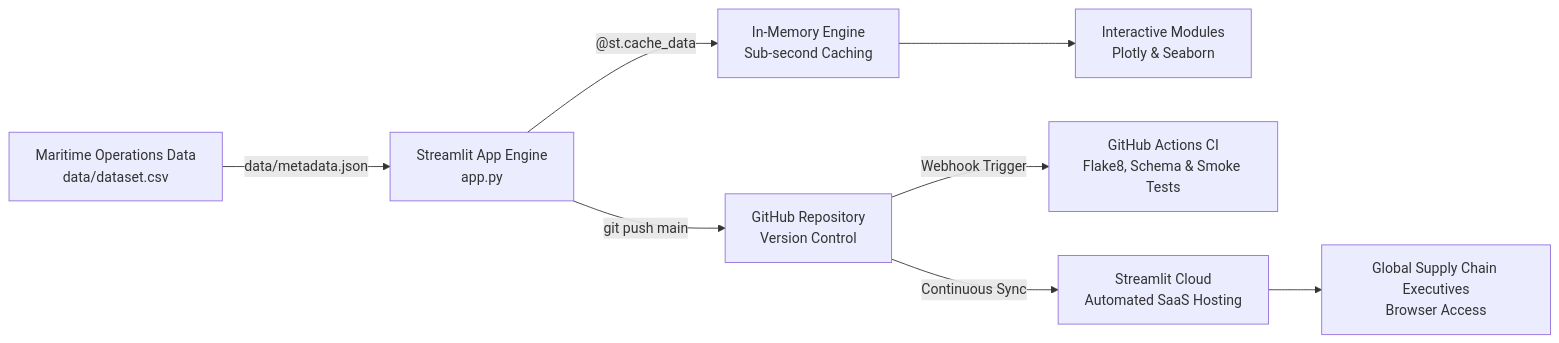
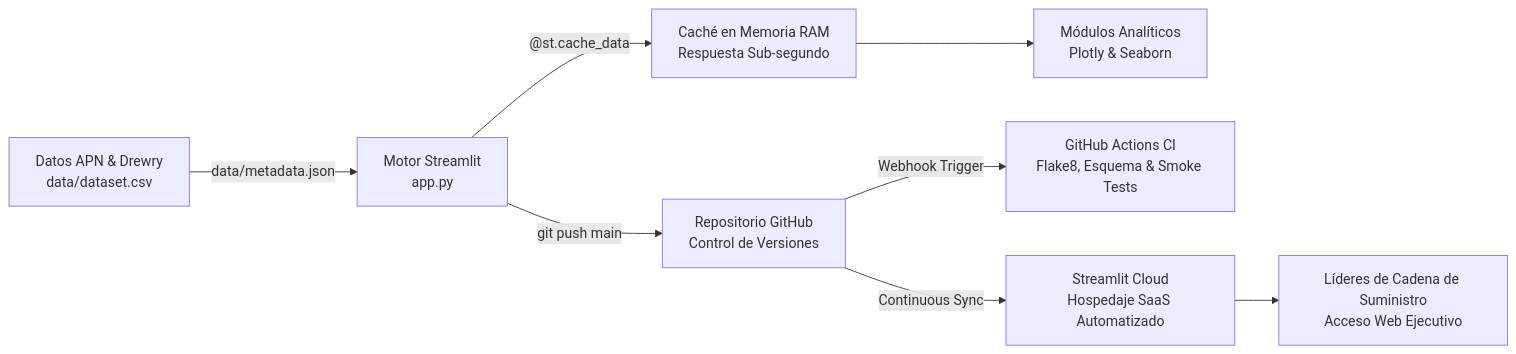
Before and after one commit to FabrizioPerezPeralta/Chancay-vs.-Callao-Interactive-Maritime-Logistics-Explorer-with-Python-Streamlit-Plotly: the diagram in ARTICLE_DEV_TO.md, drawn with Mermaid. The commit also changed other lines of this file and 3 other files, not shown here.

````diff
--- a/ARTICLE_DEV_TO.md
+++ b/ARTICLE_DEV_TO.md
@@ -52,10 +63,10 @@
 ```mermaid
 flowchart LR
-    A["Maritime Operations Data<br/>data/dataset.csv"] -->|"data/metadata.json"| B["Streamlit App Engine<br/>app.py"]
-    B -->|"@st.cache_data"| C["In-Memory Engine<br/>Sub-second Caching"]
-    C --> D["Interactive Modules<br/>Plotly & Seaborn"]
-    B -->|"git push main"| E["GitHub Repository<br/>Version Control"]
-    E -->|"Webhook Trigger"| F["GitHub Actions CI<br/>Flake8, Schema & Smoke Tests"]
-    E -->|"Continuous Sync"| G["Streamlit Cloud<br/>Automated SaaS Hosting"]
-    G --> H["Global Supply Chain Executives<br/>Browser Access"]
+    A["Datos APN & Drewry<br/>data/dataset.csv"] -->|"data/metadata.json"| B["Motor Streamlit<br/>app.py"]
+    B -->|"@st.cache_data"| C["Caché en Memoria RAM<br/>Respuesta Sub-segundo"]
+    C --> D["Módulos Analíticos<br/>Plotly & Seaborn"]
+    B -->|"git push main"| E["Repositorio GitHub<br/>Control de Versiones"]
+    E -->|"Webhook Trigger"| F["GitHub Actions CI<br/>Flake8, Esquema & Smoke Tests"]
+    E -->|"Continuous Sync"| G["Streamlit Cloud<br/>Hospedaje SaaS Automatizado"]
+    G --> H["Líderes de Cadena de Suministro<br/>Acceso Web Ejecutivo"]
 ```
````
